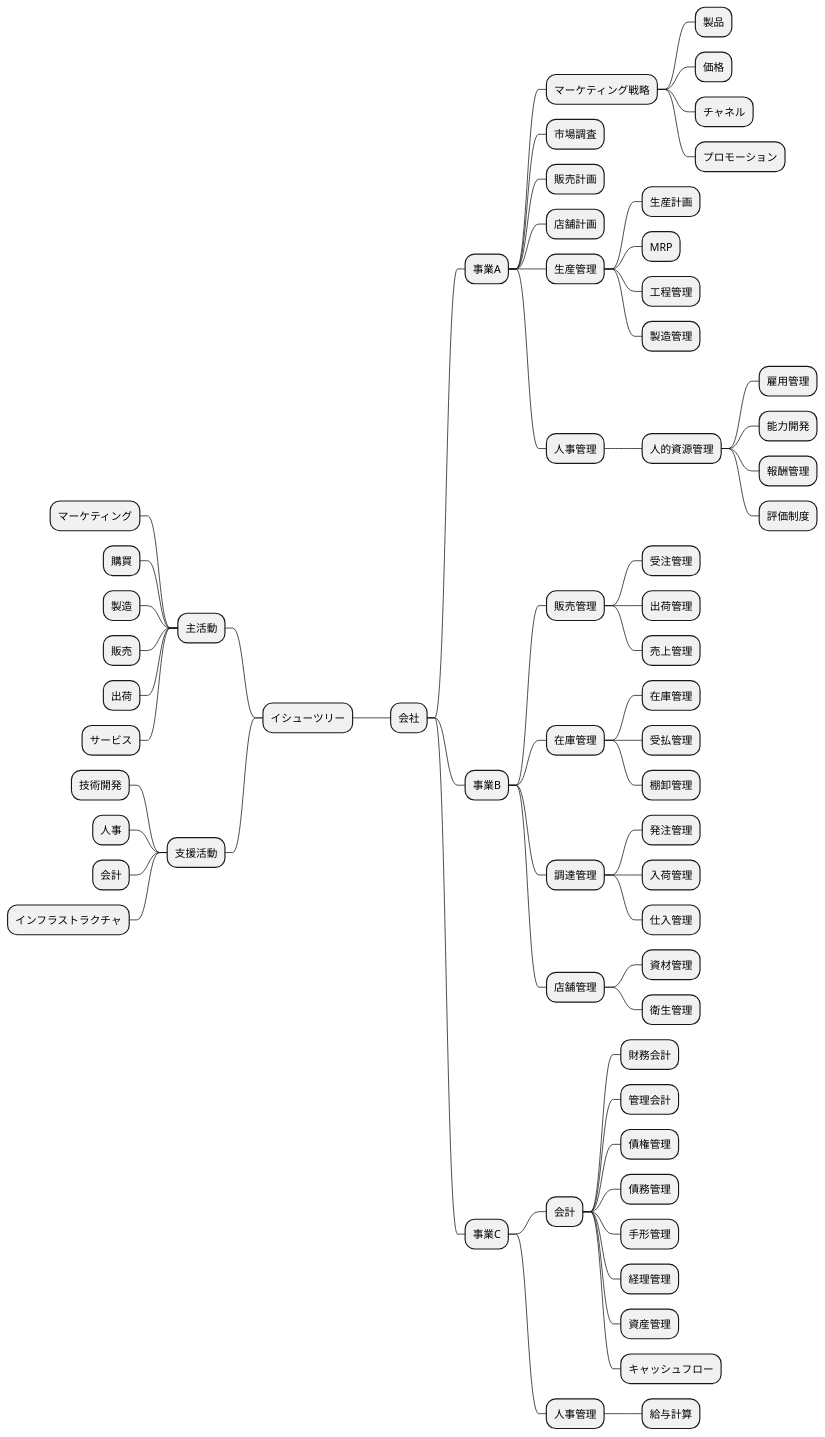
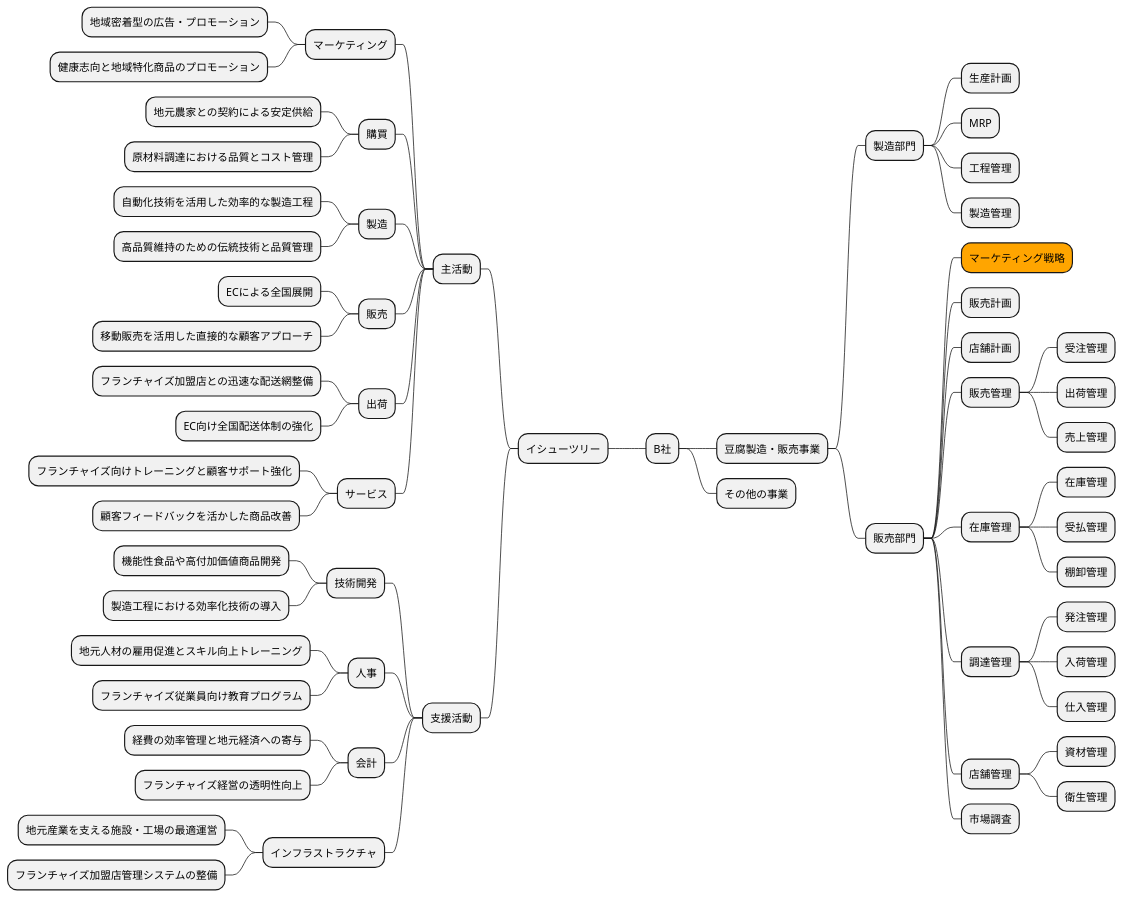
One commit to k2works/case-study-business-analysis changed diagram 15 of 19 in docs/case/r03_case_2.adoc. Above: the diagram before and after it, drawn with PlantUML. The commit also changed other lines of this file, not shown here.

```diff
--- a/docs/case/r03_case_2.adoc
+++ b/docs/case/r03_case_2.adoc
@@ -719,70 +767,69 @@
 [plantuml]
 ----
 @startmindmap
 
 * イシューツリー
-** 会社
-*** 事業A
-**** マーケティング戦略
-***** 製品
-***** 価格
-***** チャネル
-***** プロモーション
-**** 市場調査
-**** 販売計画
-**** 店舗計画
-**** 生産管理
+** B社
+*** 豆腐製造・販売事業
+**** 製造部門
 ***** 生産計画
 ***** MRP
 ***** 工程管理
 ***** 製造管理
-**** 人事管理
-***** 人的資源管理
-****** 雇用管理
-****** 能力開発
-****** 報酬管理
-****** 評価制度
-*** 事業B
-**** 販売管理
-***** 受注管理
-***** 出荷管理
-***** 売上管理
-**** 在庫管理
+**** 販売部門
+*****[#orange] マーケティング戦略
+***** 販売計画
+***** 店舗計画
+***** 販売管理
+****** 受注管理
+****** 出荷管理
+****** 売上管理
 ***** 在庫管理
-***** 受払管理
-***** 棚卸管理
-**** 調達管理
-***** 発注管理
-***** 入荷管理
-***** 仕入管理
-**** 店舗管理
-***** 資材管理
-***** 衛生管理
-*** 事業C
-**** 会計
-***** 財務会計
-***** 管理会計
-***** 債権管理
-***** 債務管理
-***** 手形管理
-***** 経理管理
-***** 資産管理
-***** キャッシュフロー
-**** 人事管理
-***** 給与計算
+****** 在庫管理
+****** 受払管理
+****** 棚卸管理
+***** 調達管理
+****** 発注管理
+****** 入荷管理
+****** 仕入管理
+***** 店舗管理
+****** 資材管理
+****** 衛生管理
+***** 市場調査
+*** その他の事業
 left side
 ** 主活動
 *** マーケティング
+**** 地域密着型の広告・プロモーション
+**** 健康志向と地域特化商品のプロモーション
 *** 購買
+**** 地元農家との契約による安定供給
+**** 原材料調達における品質とコスト管理
 *** 製造
+**** 自動化技術を活用した効率的な製造工程
+**** 高品質維持のための伝統技術と品質管理
 *** 販売
+**** ECによる全国展開
+**** 移動販売を活用した直接的な顧客アプローチ
 *** 出荷
+**** フランチャイズ加盟店との迅速な配送網整備
+**** EC向け全国配送体制の強化
 *** サービス
+**** フランチャイズ向けトレーニングと顧客サポート強化
+**** 顧客フィードバックを活かした商品改善
 ** 支援活動
 *** 技術開発
+**** 機能性食品や高付加価値商品開発
+**** 製造工程における効率化技術の導入
 *** 人事
+**** 地元人材の雇用促進とスキル向上トレーニング
+**** フランチャイズ従業員向け教育プログラム
 *** 会計
+**** 経費の効率管理と地元経済への寄与
+**** フランチャイズ経営の透明性向上
 *** インフラストラクチャ
+**** 地元産業を支える施設・工場の最適運営
+**** フランチャイズ加盟店管理システムの整備
 
 @endmindmap
 ----
```
